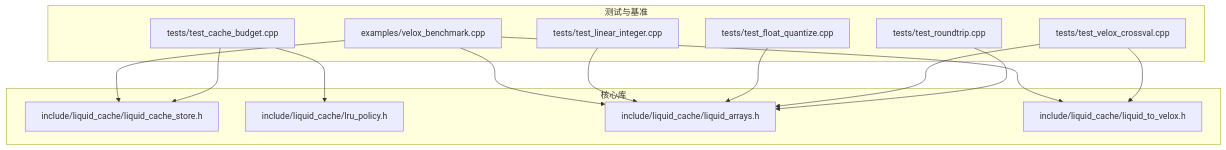
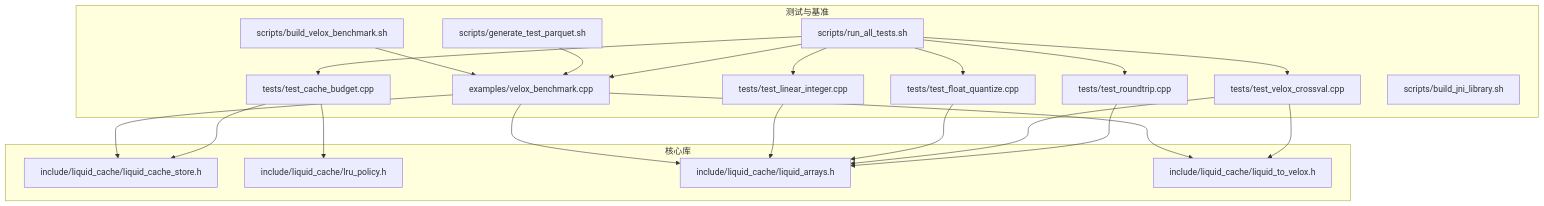
The first of 9 diagrams in .qoder/repowiki/zh/content/测试与基准测试.md (tenglei/liquidCacheVelox), drawn with Mermaid before and after one commit. The commit also changed other lines of this file and 3 other files, not shown here.

````diff
--- a/.qoder/repowiki/zh/content/测试与基准测试.md
+++ b/.qoder/repowiki/zh/content/测试与基准测试.md
@@ -55,27 +72,39 @@
 ```mermaid
 graph TB
 subgraph "测试与基准"
 T1["tests/test_roundtrip.cpp"]
 T2["tests/test_velox_crossval.cpp"]
 T3["tests/test_cache_budget.cpp"]
 T4["tests/test_float_quantize.cpp"]
 T5["tests/test_linear_integer.cpp"]
 E1["examples/velox_benchmark.cpp"]
+S1["scripts/run_all_tests.sh"]
+S2["scripts/generate_test_parquet.sh"]
+S3["scripts/build_velox_benchmark.sh"]
+S4["scripts/build_jni_library.sh"]
 end
 subgraph "核心库"
 H1["include/liquid_cache/liquid_cache_store.h"]
 H2["include/liquid_cache/lru_policy.h"]
 H3["include/liquid_cache/liquid_arrays.h"]
 H4["include/liquid_cache/liquid_to_velox.h"]
 end
 T1 --> H3
 T2 --> H3
 T2 --> H4
 T3 --> H1
 T3 --> H2
 T4 --> H3
 T5 --> H3
 E1 --> H1
 E1 --> H3
 E1 --> H4
+S1 --> T1
+S1 --> T2
+S1 --> T3
+S1 --> T4
+S1 --> T5
+S1 --> E1
+S2 --> E1
+S3 --> E1
 ```
````
